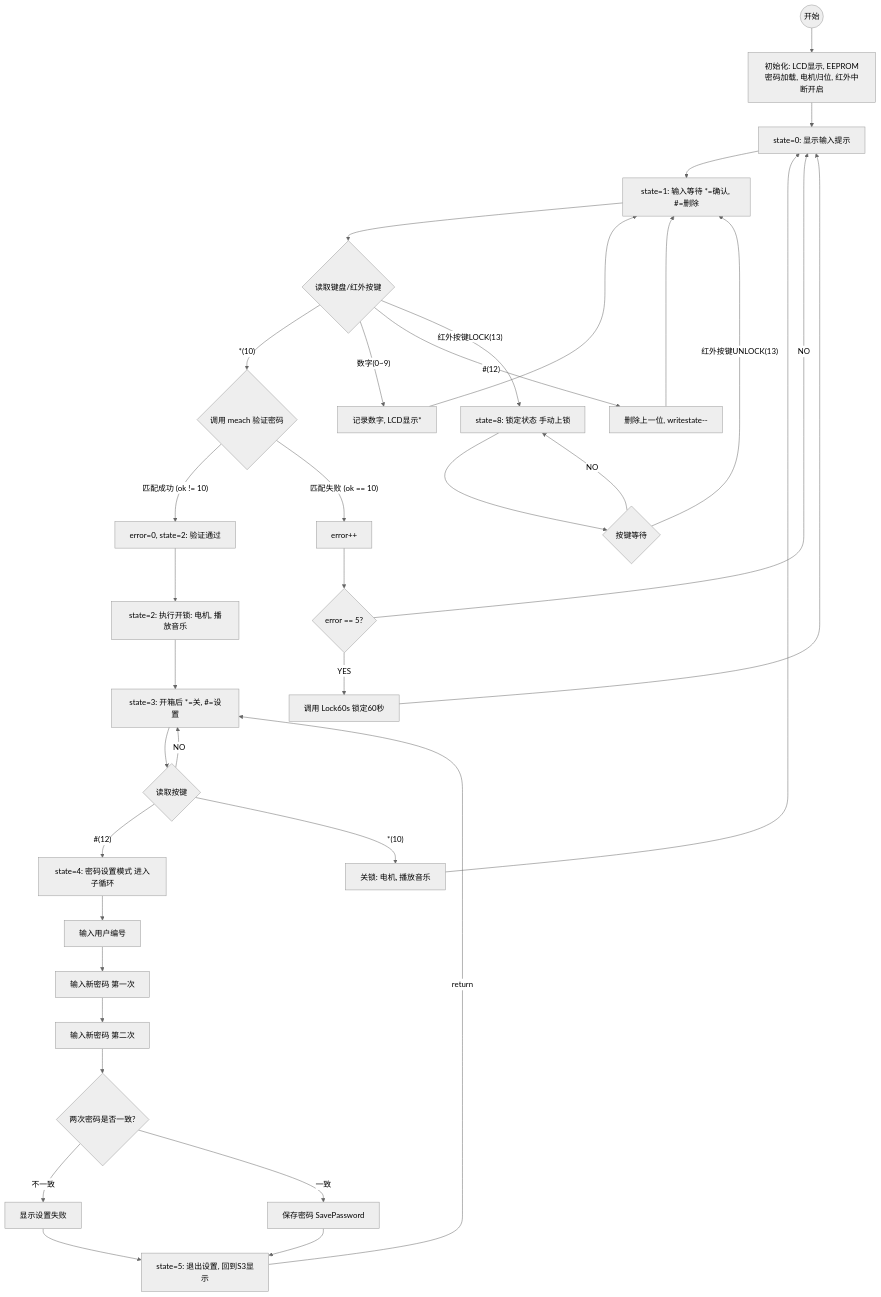
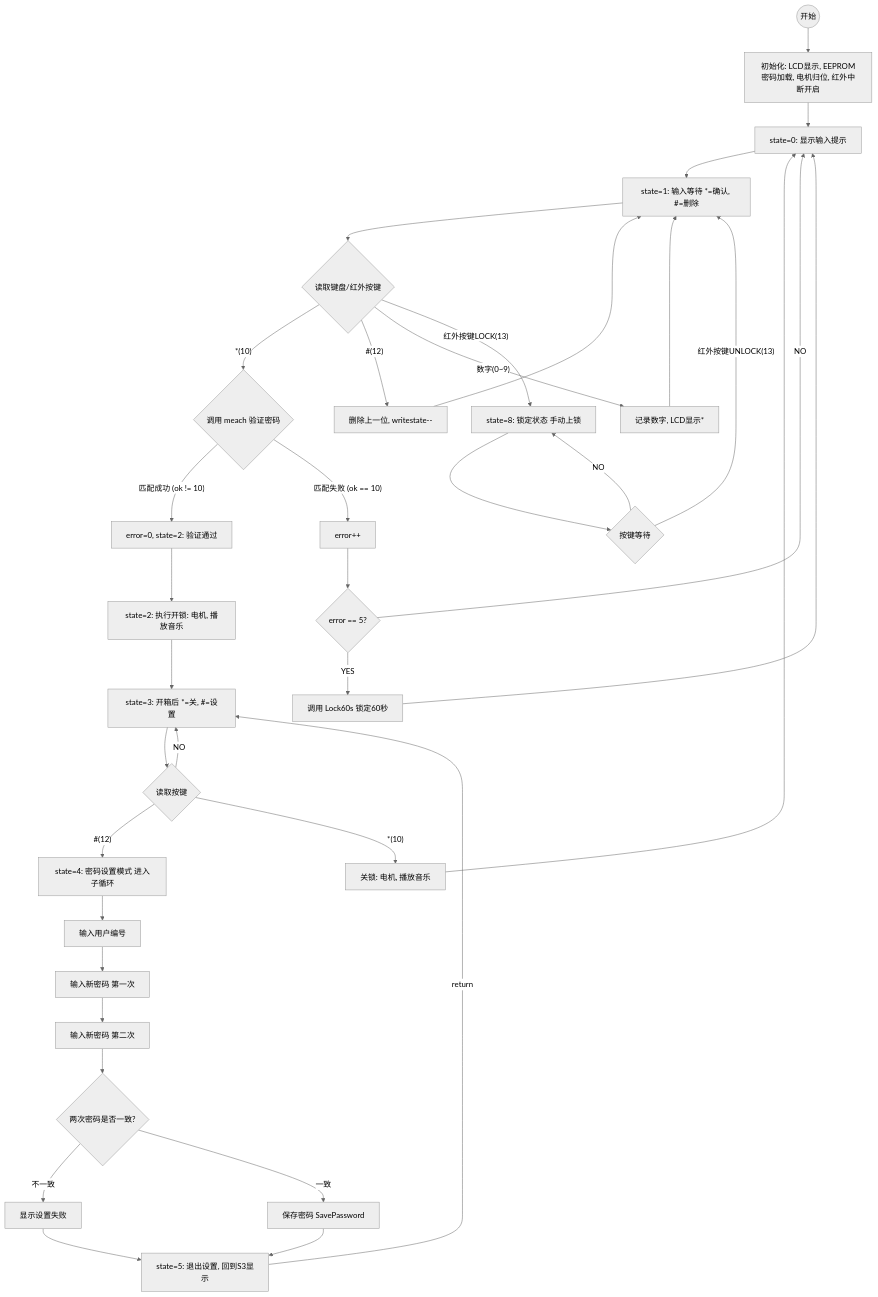
Before and after one commit to ksxyh-22/iodraw-files: the diagram in all/未命名-2.md, drawn with Mermaid (neutral theme). The commit also changed other lines of this file, not shown here.

````diff
--- a/all/未命名-2.md
+++ b/all/未命名-2.md
@@ -1,80 +1,80 @@
 ```mermaid
 graph TD
     %% 状态机主流程
     START((开始)) --> INIT[初始化: LCD显示, EEPROM密码加载, 电机归位, 红外中断开启];
     INIT --> S0[state=0: 显示输入提示];
 
     %% 状态 1: 密码输入与验证 (主流程)
     S0 --> S1[state=1: 输入等待 *=确认, #=删除];
     
     S1 --> INPUT{读取键盘/红外按键};
     
     %% 验证分支
     INPUT -- *(10) --> VERIFY{调用 meach 验证密码};
 
 
-    
+    INPUT -- #(12) --> DELETE[删除上一位, writestate--];
+    DELETE --> S1;
 
     
 
     %% 处理输入分支
     INPUT -- 数字(0~9) --> DIGIT[记录数字, LCD显示*];
     DIGIT --> S1;
 
-    INPUT -- #(12) --> DELETE[删除上一位, writestate--];
-    DELETE --> S1;
+    
 
     
 
     
     VERIFY -- 匹配成功 (ok != 10) --> S2_SUCCESS[error=0, state=2: 验证通过];
     
     %% 失败和错误处理 (分支到右侧)
     VERIFY -- 匹配失败 (ok == 10) --> ERROR_COUNT[error++];
     
     ERROR_COUNT --> CHECK_ERRORS{error == 5?};
     
     CHECK_ERRORS -- NO --> S0;
 
     CHECK_ERRORS -- YES --> LOCK_60s[调用 Lock60s 锁定60秒];
     LOCK_60s --> S0;
 
     %% 状态 2, 3, 5: 开锁后的操作 (主流程)
     S2_SUCCESS --> S2_OPEN[state=2: 执行开锁: 电机, 播放音乐];
     S2_OPEN --> S3[state=3: 开箱后 *=关, #=设置];
 
     S3 --> POST_KEY{读取按键};
     
     POST_KEY -- NO --> S3;
     
     POST_KEY -- #(12) --> S4[state=4: 密码设置模式 进入子循环];
 
     POST_KEY -- *(10) --> S3_CLOSE[关锁: 电机, 播放音乐];
     S3_CLOSE --> S0;
     
     
 
     %% 状态 4: 密码设置 (子流程)
     S4 --> S4_USER[输入用户编号];
     S4_USER --> S4_PASS1[输入新密码 第一次];
     S4_PASS1 --> S4_PASS2[输入新密码 第二次];
 
     S4_PASS2 --> S4_CHECK{两次密码是否一致?};
     
     S4_CHECK -- 不一致 --> S4_FAIL[显示设置失败];
     S4_FAIL --> S5[state=5: 退出设置, 回到S3显示];
 
     S4_CHECK -- 一致 --> S4_SAVE[保存密码 SavePassword];
     S4_SAVE --> S5;
     
     S5 -- return --> S3; 
     
     %% 手动锁定 (分支到右侧)
     INPUT -- 红外按键LOCK(13) --> S8;
 
     %% 状态 8: 锁定状态 (独立循环)
     S8[state=8: 锁定状态 手动上锁] --> S8_WAIT{按键等待};
     
     S8_WAIT -- NO --> S8;
     S8_WAIT -- 红外按键UNLOCK(13) --> S1;
 ```
````
